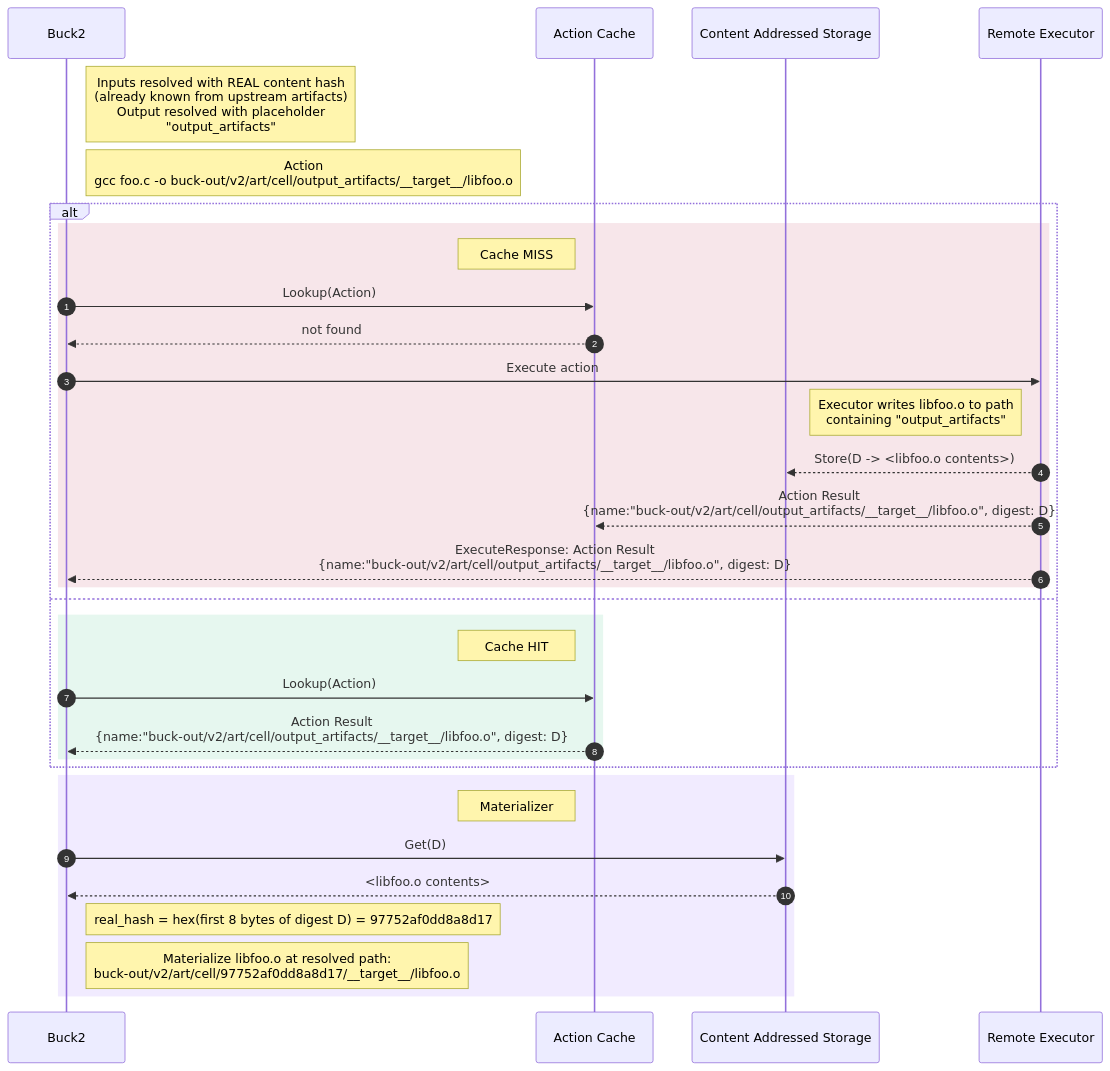
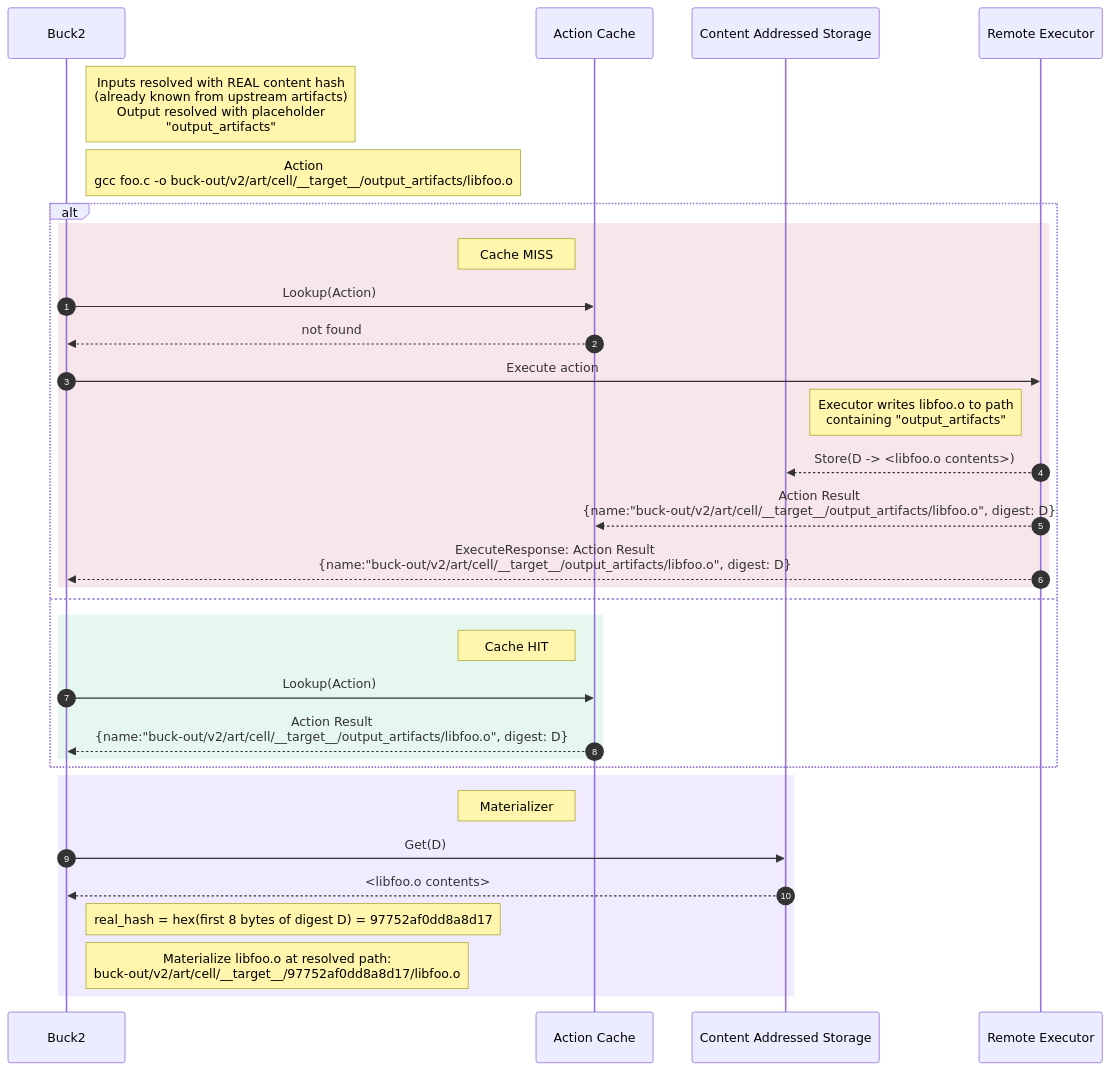
Before and after one commit to meta/buck2: the first of 4 diagrams in docs/rule_authors/content_based_paths.md, drawn with Mermaid. The commit also changed other lines of this file and 18 other files, not shown here.

````diff
--- a/docs/rule_authors/content_based_paths.md
+++ b/docs/rule_authors/content_based_paths.md
@@ -120,35 +120,35 @@
 ```mermaid
 sequenceDiagram
     autonumber
     participant B as Buck2
     participant AC as Action Cache
     participant CAS as Content Addressed Storage
     participant RE as Remote Executor
     Note right of B: Inputs resolved with REAL content hash<br/>(already known from upstream artifacts)<br/>Output resolved with placeholder<br/>"output_artifacts"
-    Note right of B: Action<br/>gcc foo.c -o buck-out/v2/art/cell/output_artifacts/__target__/libfoo.o
+    Note right of B: Action<br/>gcc foo.c -o buck-out/v2/art/cell/__target__/output_artifacts/libfoo.o
     alt
         rect rgb(247 230 234)
         Note left of AC: Cache MISS
         B->>AC: Lookup(Action)
         AC-->>B: not found
         B->>RE: Execute action
         Note left of RE: Executor writes libfoo.o to path<br/>containing "output_artifacts"
         RE-->>CAS: Store(D -> <libfoo.o contents>)
-        RE-->>AC: Action Result<br/>{name:"buck-out/v2/art/cell/output_artifacts/__target__/libfoo.o", digest: D}
-        RE-->>B: ExecuteResponse: Action Result<br/>{name:"buck-out/v2/art/cell/output_artifacts/__target__/libfoo.o", digest: D}
+        RE-->>AC: Action Result<br/>{name:"buck-out/v2/art/cell/__target__/output_artifacts/libfoo.o", digest: D}
+        RE-->>B: ExecuteResponse: Action Result<br/>{name:"buck-out/v2/art/cell/__target__/output_artifacts/libfoo.o", digest: D}
         end
     else
         rect rgb(230 247 239)
         Note left of AC: Cache HIT
         B->>AC: Lookup(Action)
-        AC-->>B: Action Result<br/>{name:"buck-out/v2/art/cell/output_artifacts/__target__/libfoo.o", digest: D}
+        AC-->>B: Action Result<br/>{name:"buck-out/v2/art/cell/__target__/output_artifacts/libfoo.o", digest: D}
         end
     end
     rect rgb(241 235 255)
     Note left of AC: Materializer
     B->>CAS: Get(D)
     CAS-->>B: <libfoo.o contents>
     Note right of B: real_hash = hex(first 8 bytes of digest D) = 97752af0dd8a8d17
-    Note right of B: Materialize libfoo.o at resolved path:<br/>buck-out/v2/art/cell/97752af0dd8a8d17/__target__/libfoo.o
+    Note right of B: Materialize libfoo.o at resolved path:<br/>buck-out/v2/art/cell/__target__/97752af0dd8a8d17/libfoo.o
     end
 ```
````
